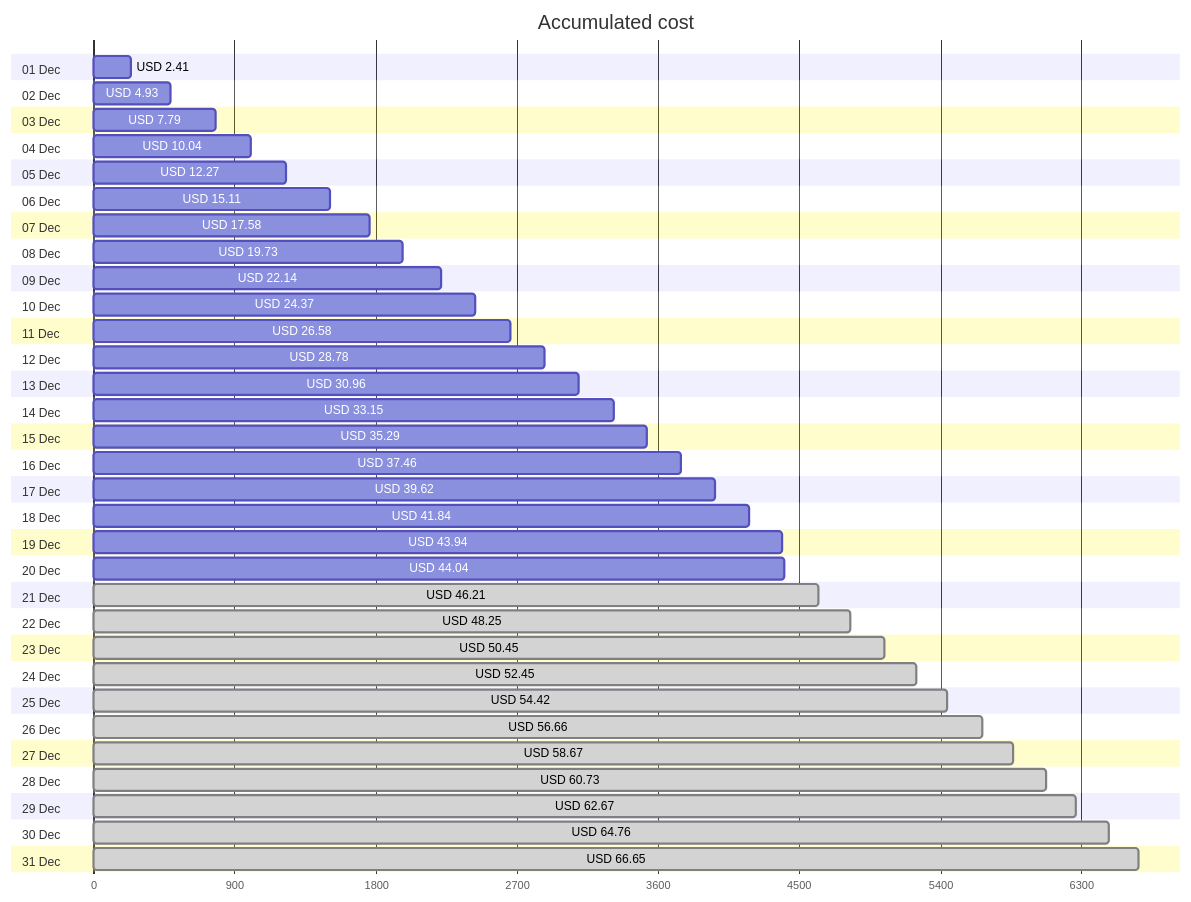
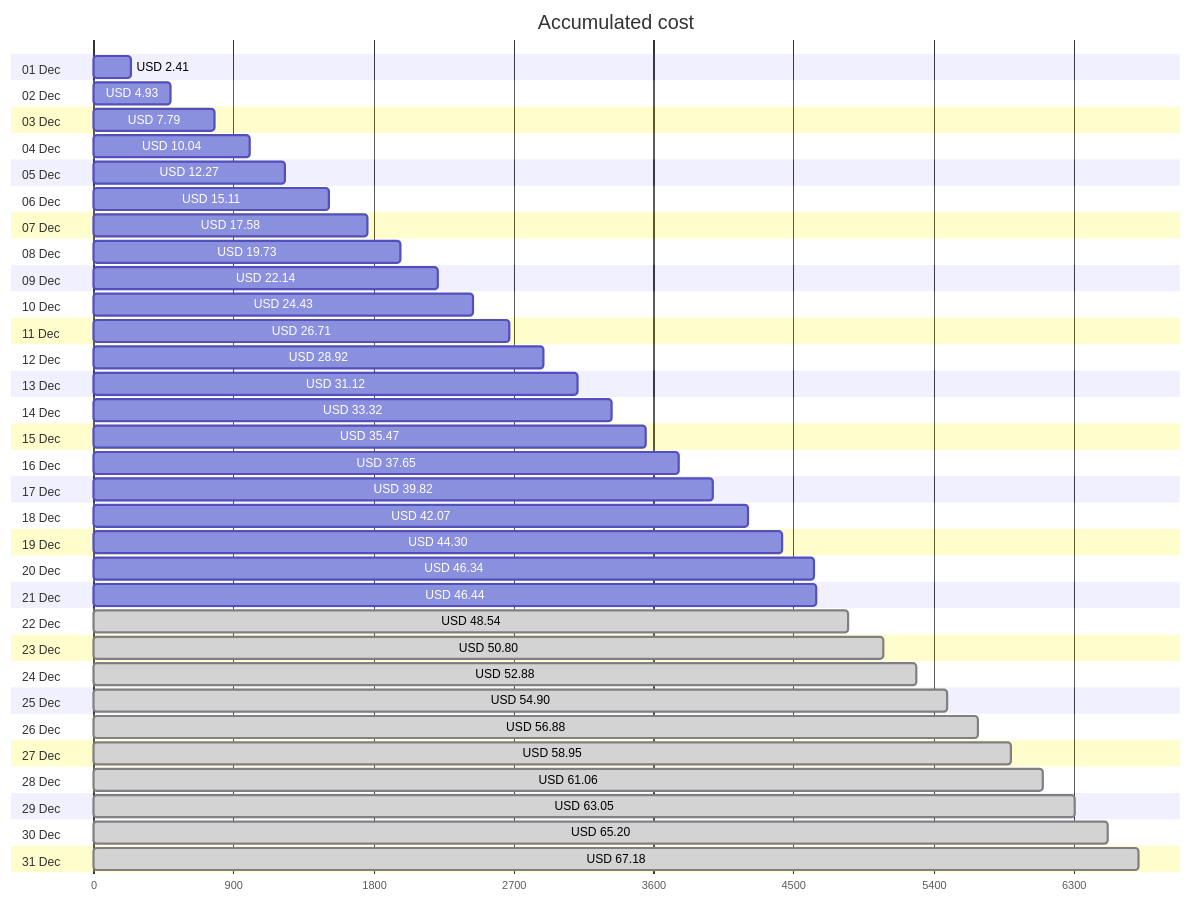
The first of 4 diagrams in cost-reports/accumulated-cost.md (jpfulton/azure-personal-reports), drawn with Mermaid before and after one commit. The commit also changed other lines of this file and 4 other files, not shown here.

````diff
--- a/cost-reports/accumulated-cost.md
+++ b/cost-reports/accumulated-cost.md
@@ -20,68 +20,68 @@
 ```mermaid
 gantt
    title Accumulated cost
    dateFormat  X
    axisFormat %s
    section 01 Dec
    USD 2.41 :0, 241
    section 02 Dec
    USD 4.93 :0, 493
    section 03 Dec
    USD 7.79 :0, 779
    section 04 Dec
    USD 10.04 :0, 1004
    section 05 Dec
    USD 12.27 :0, 1227
    section 06 Dec
    USD 15.11 :0, 1511
    section 07 Dec
    USD 17.58 :0, 1758
    section 08 Dec
    USD 19.73 :0, 1973
    section 09 Dec
    USD 22.14 :0, 2214
    section 10 Dec
-   USD 24.37 :0, 2437
+   USD 24.43 :0, 2443
    section 11 Dec
-   USD 26.58 :0, 2658
+   USD 26.71 :0, 2671
    section 12 Dec
-   USD 28.78 :0, 2878
+   USD 28.92 :0, 2892
    section 13 Dec
-   USD 30.96 :0, 3096
+   USD 31.12 :0, 3112
    section 14 Dec
-   USD 33.15 :0, 3315
+   USD 33.32 :0, 3332
    section 15 Dec
-   USD 35.29 :0, 3529
+   USD 35.47 :0, 3547
    section 16 Dec
-   USD 37.46 :0, 3746
+   USD 37.65 :0, 3765
    section 17 Dec
-   USD 39.62 :0, 3962
+   USD 39.82 :0, 3982
    section 18 Dec
-   USD 41.84 :0, 4184
+   USD 42.07 :0, 4207
    section 19 Dec
-   USD 43.94 :0, 4394
+   USD 44.30 :0, 4430
    section 20 Dec
-   USD 44.04 :0, 4404
+   USD 46.34 :0, 4634
    section 21 Dec
-   USD 46.21 : done, 0, 4621
+   USD 46.44 :0, 4644
    section 22 Dec
-   USD 48.25 : done, 0, 4825
+   USD 48.54 : done, 0, 4854
    section 23 Dec
-   USD 50.45 : done, 0, 5045
+   USD 50.80 : done, 0, 5080
    section 24 Dec
-   USD 52.45 : done, 0, 5245
+   USD 52.88 : done, 0, 5288
    section 25 Dec
-   USD 54.42 : done, 0, 5442
+   USD 54.90 : done, 0, 5490
    section 26 Dec
-   USD 56.66 : done, 0, 5666
+   USD 56.88 : done, 0, 5688
    section 27 Dec
-   USD 58.67 : done, 0, 5867
+   USD 58.95 : done, 0, 5895
    section 28 Dec
-   USD 60.73 : done, 0, 6073
+   USD 61.06 : done, 0, 6106
    section 29 Dec
-   USD 62.67 : done, 0, 6267
+   USD 63.05 : done, 0, 6305
    section 30 Dec
-   USD 64.76 : done, 0, 6476
+   USD 65.20 : done, 0, 6520
    section 31 Dec
-   USD 66.65 : done, 0, 6665
+   USD 67.18 : done, 0, 6718
 ```
````
